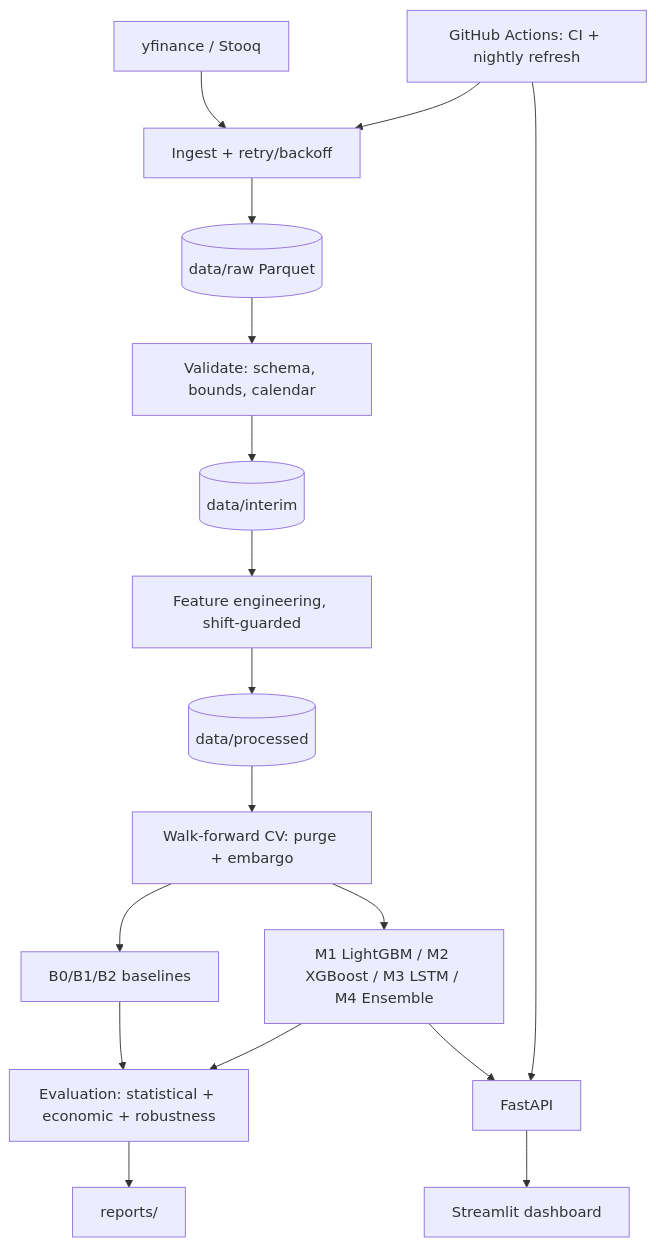
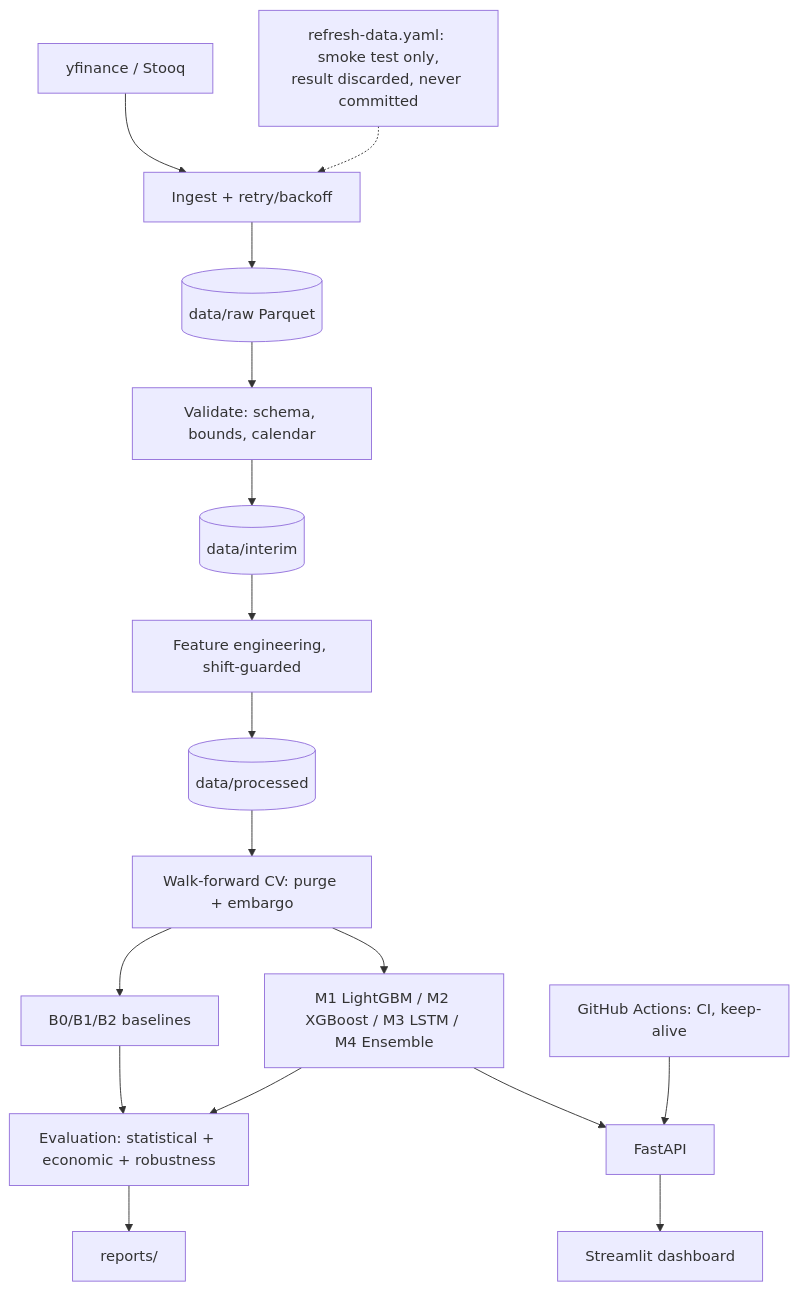
Before and after one commit to veerendrakosuri/AlphaBench: the diagram in README.md, drawn with Mermaid. The commit also changed other lines of this file and 1 other file, not shown here.

````diff
--- a/README.md
+++ b/README.md
@@ -138,19 +138,19 @@
 ```mermaid
 flowchart TD
     A[yfinance / Stooq] --> B[Ingest + retry/backoff]
     B --> C[(data/raw Parquet)]
     C --> D[Validate: schema, bounds, calendar]
     D --> E[(data/interim)]
     E --> F[Feature engineering, shift-guarded]
     F --> G[(data/processed)]
     G --> H[Walk-forward CV: purge + embargo]
     H --> I[B0/B1/B2 baselines]
     H --> J[M1 LightGBM / M2 XGBoost / M3 LSTM / M4 Ensemble]
     I --> K[Evaluation: statistical + economic + robustness]
     J --> K
     K --> L[reports/]
     J --> M[FastAPI]
     M --> N[Streamlit dashboard]
-    O[GitHub Actions: CI + nightly refresh] --> B
-    O --> M
+    O[GitHub Actions: CI, keep-alive] --> M
+    P[refresh-data.yaml: smoke test only,<br/>result discarded, never committed] -.-> B
 ```
````
